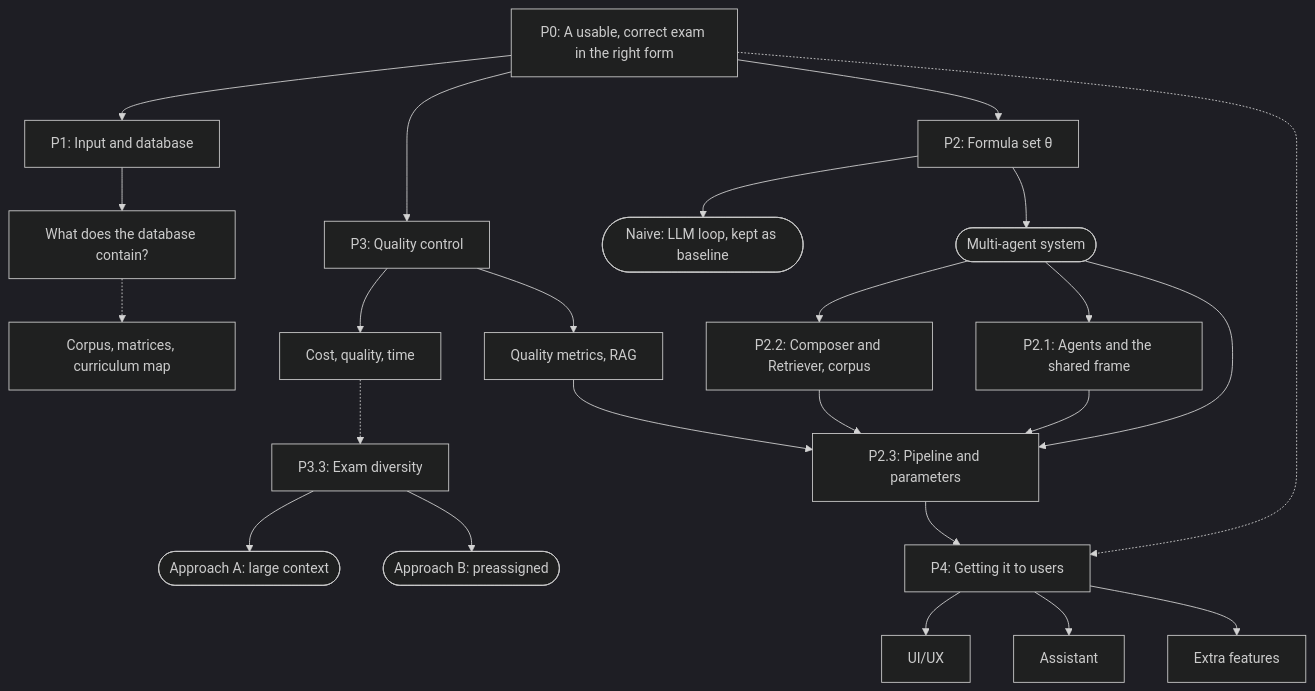
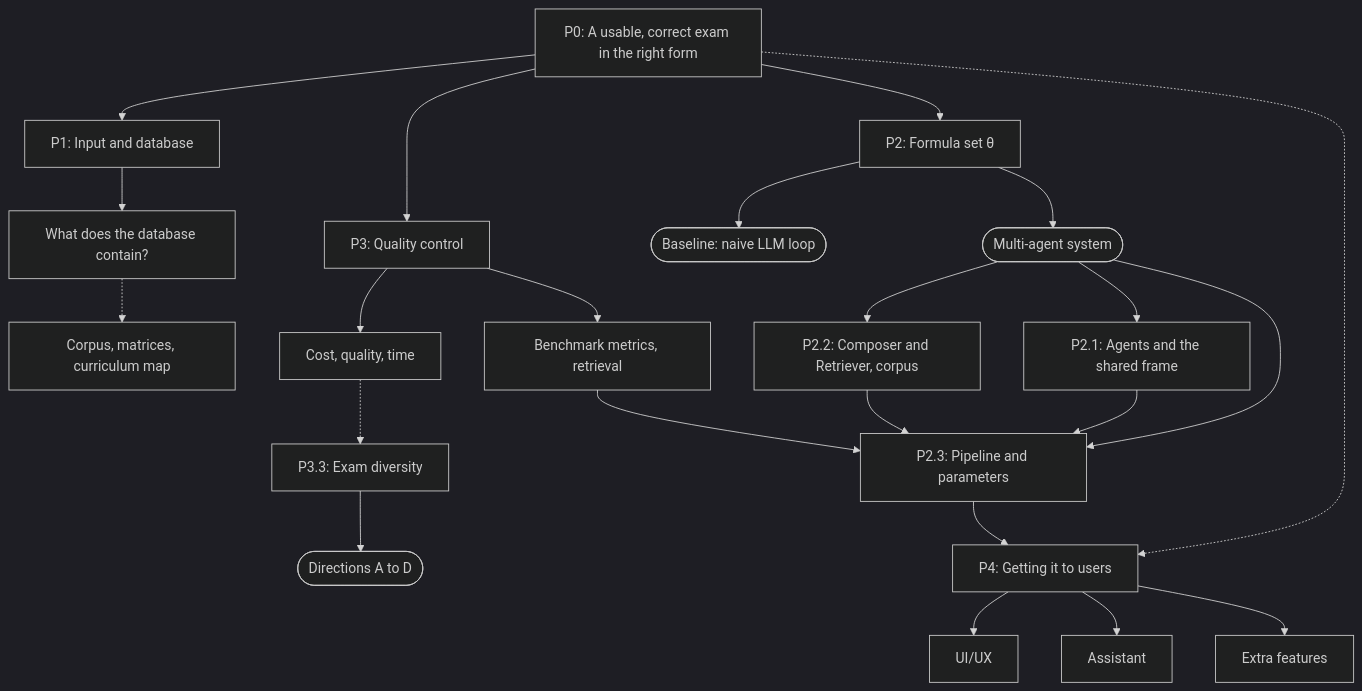
Diagram 16 of 16 in docs/ct-slide-plan.en.md (ndmhuy/ASTRA), drawn with Mermaid (dark theme) before and after one commit. The commit also changed other lines of this file and 1 other file, not shown here.

````diff
--- a/docs/ct-slide-plan.en.md
+++ b/docs/ct-slide-plan.en.md
@@ -775,32 +656,31 @@
 ```mermaid
 flowchart TD
     P0["P0: A usable, correct exam in the right form"]
     P1["P1: Input and database"]
     P2["P2: Formula set θ"]
     P3["P3: Quality control"]
     P0 --> P1
     P0 --> P2
     P0 --> P3
 
     P1 --> P11["What does the database contain?"]
     P11 -.-> P111["Corpus, matrices, curriculum map"]
-    P2 --> S2a(["Naive: LLM loop, kept as baseline"])
+    P2 --> S2a(["Baseline: naive LLM loop"])
     P2 --> S2b(["Multi-agent system"])
     S2b --> P21["P2.1: Agents and the shared frame"]
     S2b --> P22["P2.2: Composer and Retriever, corpus"]
     S2b --> P23["P2.3: Pipeline and parameters"]
-    P3 --> P31["Quality metrics, RAG"]
+    P3 --> P31["Benchmark metrics, retrieval"]
     P3 --> P32["Cost, quality, time"]
     P32 -.-> P33["P3.3: Exam diversity"]
-    P33 --> P33a(["Approach A: large context"])
-    P33 --> P33b(["Approach B: preassigned"])
+    P33 --> P33a(["Directions A to D"])
 
     P0 -.-> PX["P4: Getting it to users"]
     PX --> P41["UI/UX"]
     PX --> P42["Assistant"]
     PX --> P43["Extra features"]
     P23 --> PX
     P21 --> P23
     P22 --> P23
     P31 --> P23
 ```
````
